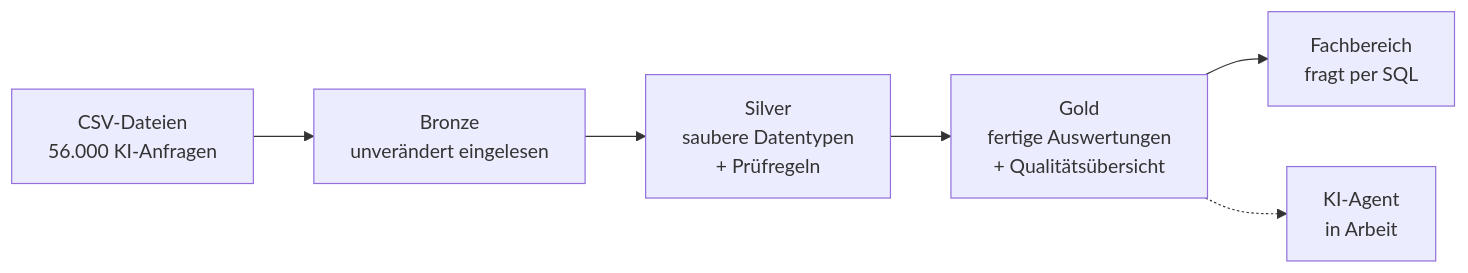
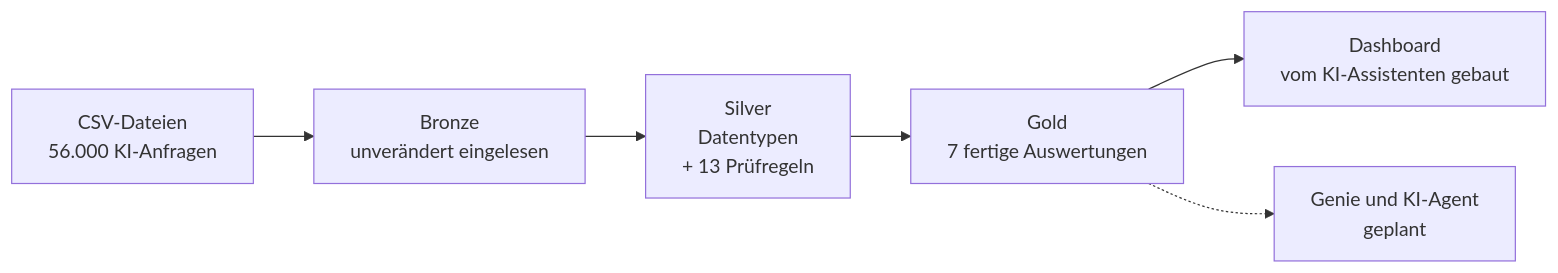
One commit to lea-zimmer-data/ki-nutzung-kosten-lakehouse changed the diagram in README.md. Above: the diagram before and after it, drawn with Mermaid. The commit also changed other lines of this file, not shown here.

Commit message:
Update README with new data flow diagram
Removed outdated mermaid flowchart and added a new flowchart illustrating data flow in the pipeline.

````diff
--- a/README.md
+++ b/README.md
@@ -13,8 +39,8 @@
 ```mermaid
 flowchart LR
     A[CSV-Dateien<br/>56.000 KI-Anfragen] --> B[Bronze<br/>unverändert eingelesen]
-    B --> C[Silver<br/>saubere Datentypen<br/>+ Prüfregeln]
-    C --> D[Gold<br/>fertige Auswertungen<br/>+ Qualitätsübersicht]
-    D --> E[Fachbereich<br/>fragt per SQL]
-    D -.-> F[KI-Agent<br/>in Arbeit]
+    B --> C[Silver<br/>Datentypen<br/>+ 13 Prüfregeln]
+    C --> D[Gold<br/>7 fertige Auswertungen]
+    D --> E[Dashboard<br/>vom KI-Assistenten gebaut]
+    D -.-> F[Genie und KI-Agent<br/>geplant]
 ```
````
